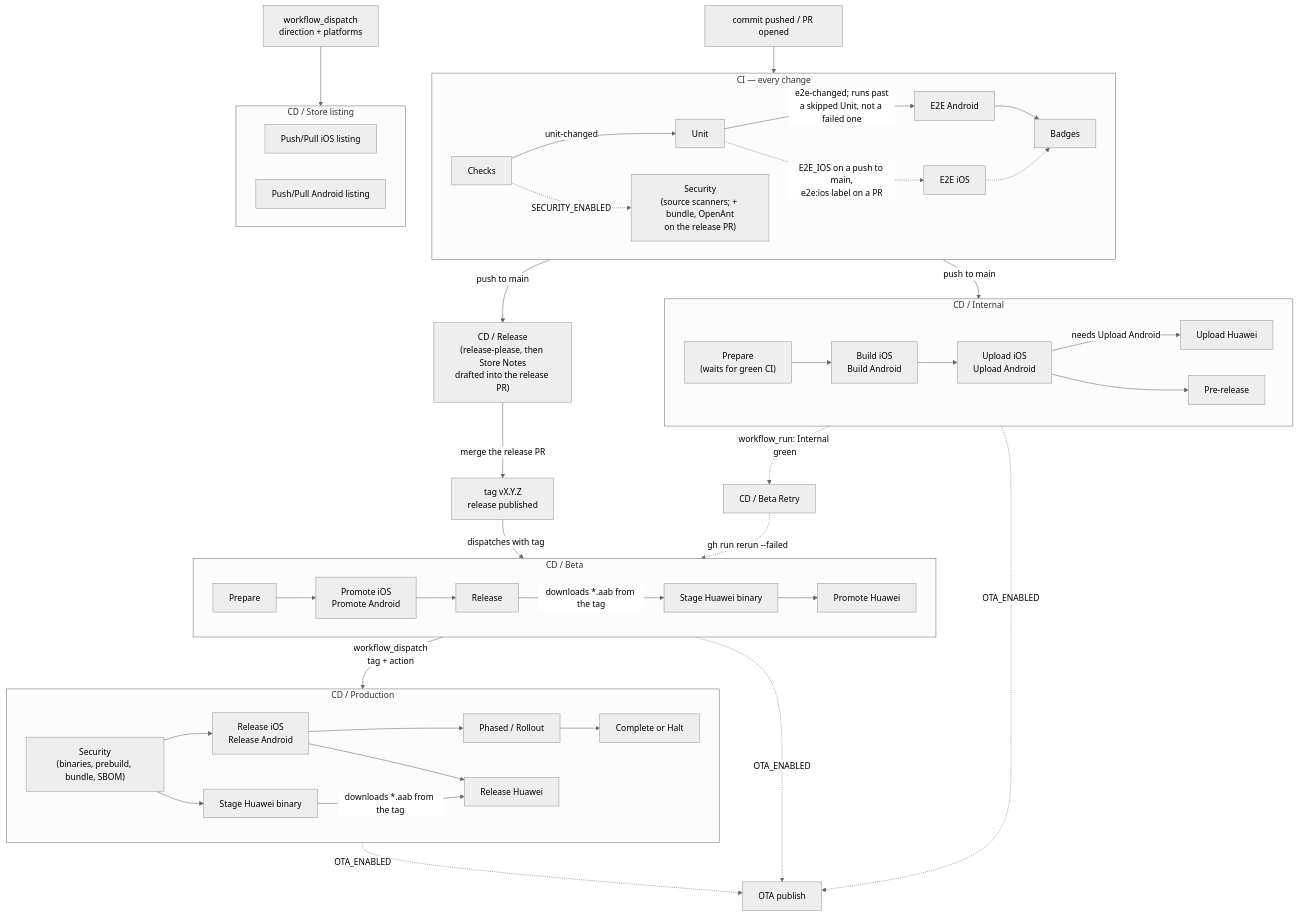
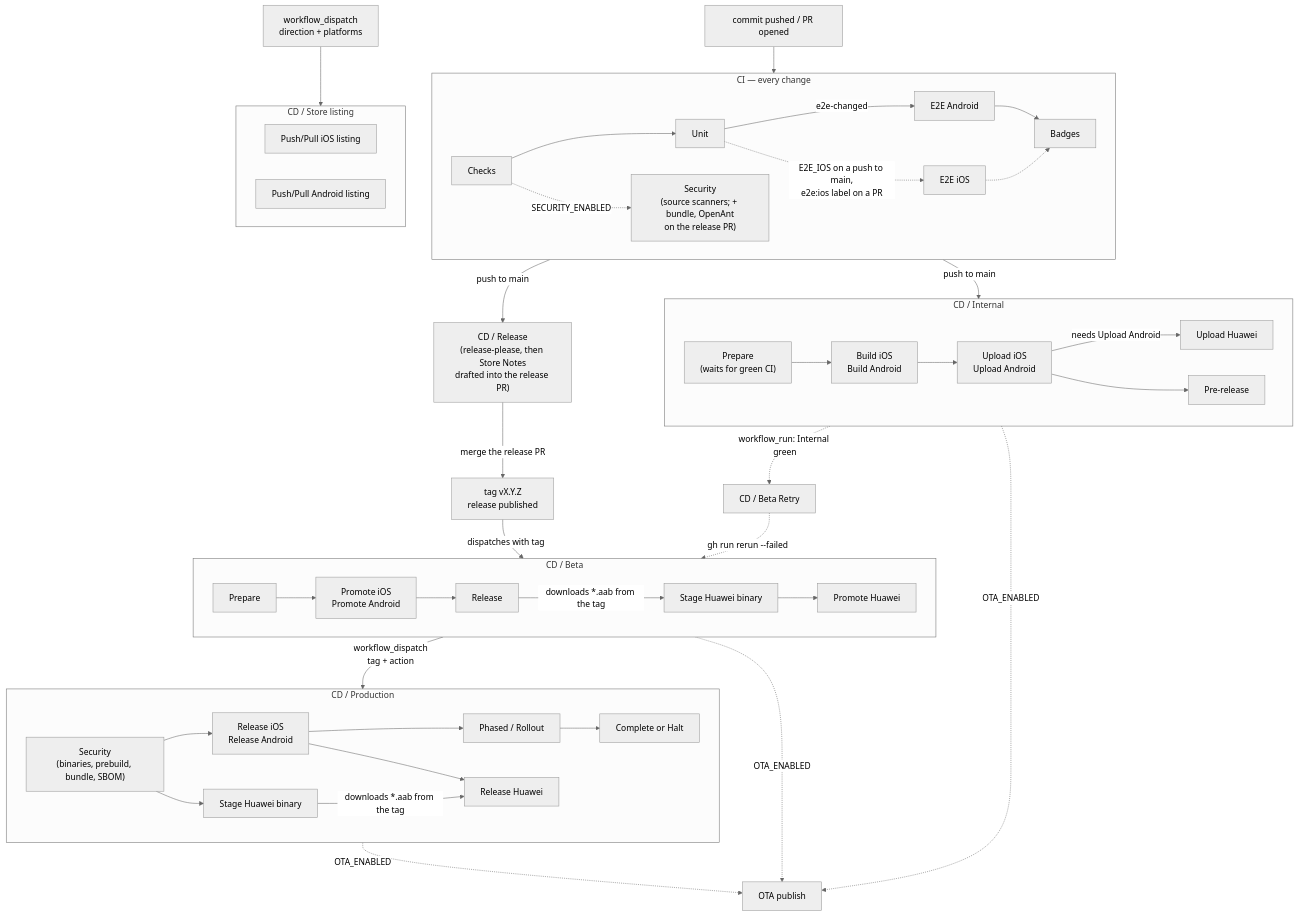
Before and after one commit to blinkbitcoin/react-native-mobile-template: the diagram in docs/ci.md, drawn with Mermaid (neutral theme). The commit also changed other lines of this file and 8 other files, not shown here.

````diff
--- a/docs/ci.md
+++ b/docs/ci.md
@@ -23,57 +23,57 @@
 ```mermaid
 flowchart TD
   commit["commit pushed / PR opened"] --> CI
 
   subgraph CI["CI — every change"]
     direction LR
-    checks["Checks"] -->|"unit-changed"| unit["Unit"] -->|"e2e-changed; runs past<br/>a skipped Unit, not a failed one"| e2e["E2E Android"] --> badges["Badges"]
+    checks["Checks"] --> unit["Unit"] -->|"e2e-changed"| e2e["E2E Android"] --> badges["Badges"]
     unit -.->|"E2E_IOS on a push to main,<br/>e2e:ios label on a PR"| e2eios["E2E iOS"] -.-> badges
     checks -.->|"SECURITY_ENABLED"| sec["Security<br/>(source scanners; + bundle, OpenAnt<br/>on the release PR)"]
   end
 
   CI -->|"push to main"| rp["CD / Release<br/>(release-please, then Store Notes<br/>drafted into the release PR)"]
   CI -->|"push to main"| internal
 
   subgraph internal["CD / Internal"]
     direction LR
     prep["Prepare<br/>(waits for green CI)"] --> builds["Build iOS<br/>Build Android"]
     builds --> up["Upload iOS<br/>Upload Android"]
     up -->|"needs Upload Android"| uphuawei["Upload Huawei"]
     up --> pre["Pre-release"]
   end
 
   rp -->|"merge the release PR"| tag["tag vX.Y.Z<br/>release published"]
   tag -->|"dispatches with tag"| beta
 
   subgraph beta["CD / Beta"]
     direction LR
     bprep["Prepare"] --> promote["Promote iOS<br/>Promote Android"] --> brel["Release"]
     brel -->|"downloads *.aab from the tag"| bbin["Stage Huawei binary"]
     bbin --> bhuawei["Promote Huawei"]
   end
 
   internal -.->|"workflow_run: Internal green"| retry["CD / Beta Retry"]
   retry -.->|"gh run rerun --failed"| beta
 
   beta -->|"workflow_dispatch<br/>tag + action"| prod
 
   subgraph prod["CD / Production"]
     direction LR
     psec["Security<br/>(binaries, prebuild, bundle, SBOM)"] --> rel["Release iOS<br/>Release Android"] --> roll["Phased / Rollout"] --> done["Complete or Halt"]
     psec --> pbin["Stage Huawei binary"]
     pbin -->|"downloads *.aab from the tag"| phuawei["Release Huawei"]
     rel --> phuawei
   end
 
   listing["workflow_dispatch<br/>direction + platforms"] --> sm
 
   subgraph sm["CD / Store listing"]
     direction LR
     smios["Push/Pull iOS listing"]
     smandroid["Push/Pull Android listing"]
   end
 
   pre -.->|"OTA_ENABLED"| ota["OTA publish"]
   brel -.->|"OTA_ENABLED"| ota
   prod -.->|"OTA_ENABLED"| ota
 ```
````
